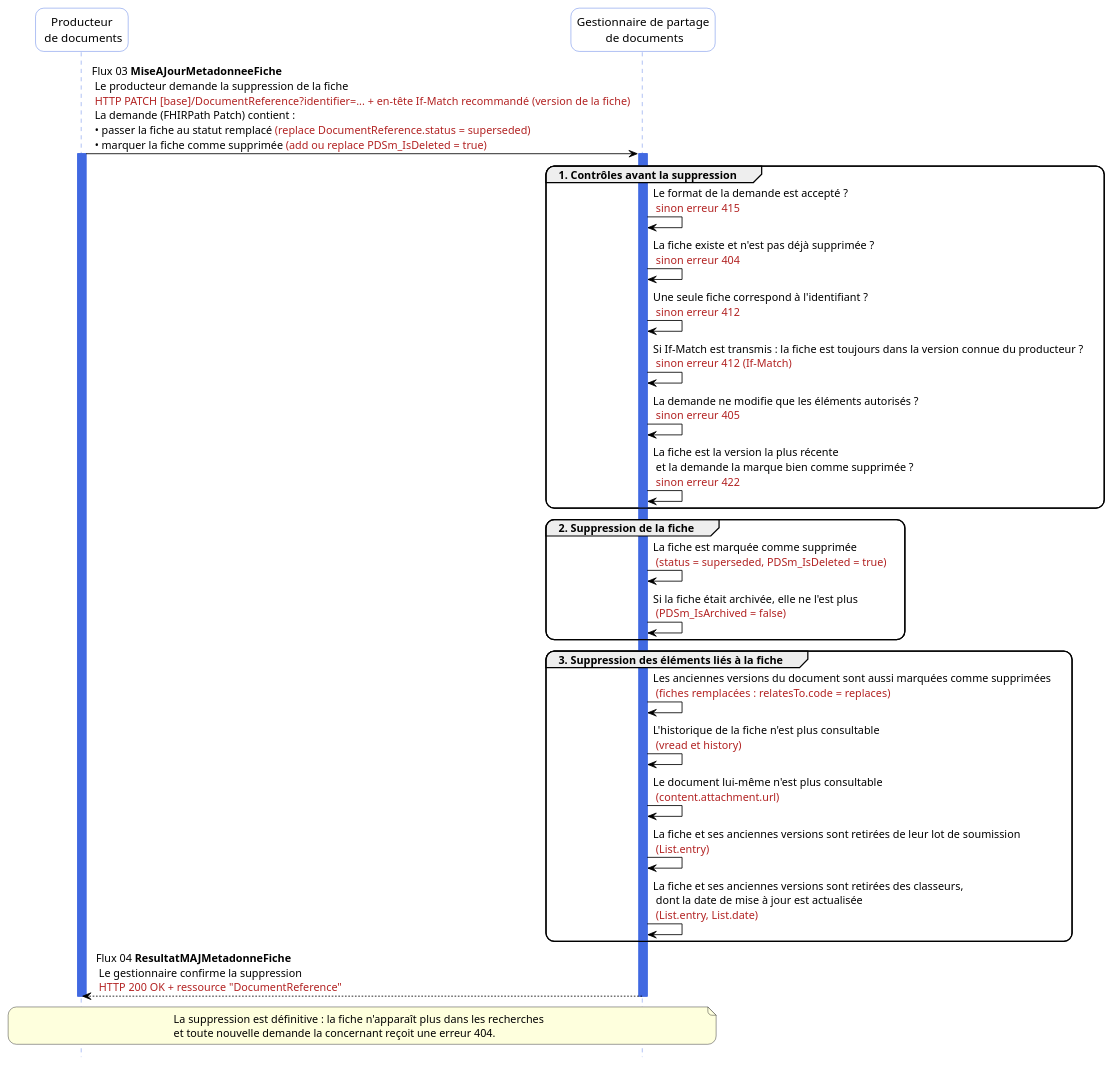
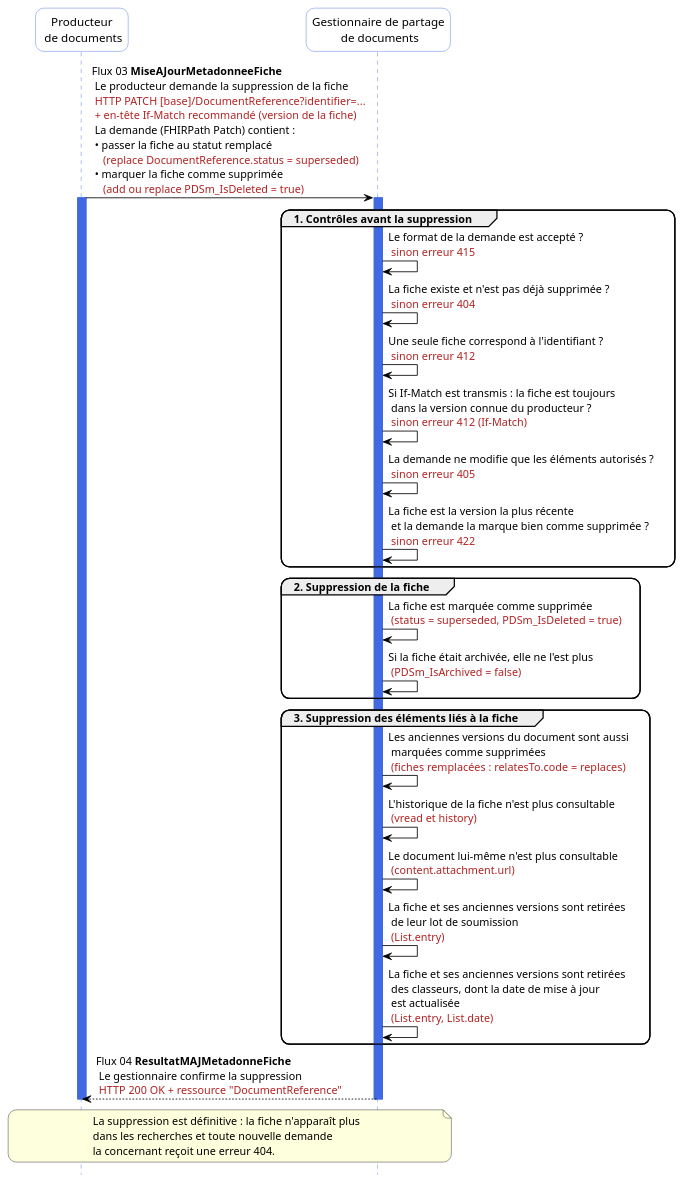
The diagram in input/images-source/PDSm-suppression-logique.plantuml (ansforge/IG-fhir-partage-de-documents-de-sante), drawn with PlantUML before and after one commit.

```diff
--- a/input/images-source/PDSm-suppression-logique.plantuml
+++ b/input/images-source/PDSm-suppression-logique.plantuml
@@ -1,54 +1,55 @@
 @startuml
 hide footbox
 
 skinparam sequence {
  arrowColor black
  ParticipantBorderColor RoyalBlue
  ParticipantBackgroundColor white
  LifeLineBorderColor RoyalBlue
  LifeLineBackgroundColor RoyalBlue
  ParticipantFontSize 14
  ParticipantFontName arial
  ParticipantPadding 20
 }
 skinparam  roundcorner 20
 
 
 participant "Producteur\n de documents" as PROD
 participant "Gestionnaire de partage\n de documents" as INFRA
 
-PROD-[#black]> INFRA : Flux 03 **MiseAJourMetadonneeFiche** \n Le producteur demande la suppression de la fiche \n <color #FireBrick>HTTP PATCH [base]/DocumentReference?identifier=... + en-tête If-Match recommandé (version de la fiche)</color> \n La demande (FHIRPath Patch) contient : \n • passer la fiche au statut remplacé <color #FireBrick>(replace DocumentReference.status = superseded)</color> \n • marquer la fiche comme supprimée <color #FireBrick>(add ou replace PDSm_IsDeleted = true)</color>
+PROD-[#black]> INFRA : Flux 03 **MiseAJourMetadonneeFiche** \n Le producteur demande la suppression de la fiche \n <color #FireBrick>HTTP PATCH [base]/DocumentReference?identifier=...</color> \n <color #FireBrick>+ en-tête If-Match recommandé (version de la fiche)</color> \n La demande (FHIRPath Patch) contient : \n • passer la fiche au statut remplacé \n    <color #FireBrick>(replace DocumentReference.status = superseded)</color> \n • marquer la fiche comme supprimée \n    <color #FireBrick>(add ou replace PDSm_IsDeleted = true)</color>
 activate INFRA
 activate PROD
 
 group 1. Contrôles avant la suppression
   INFRA -> INFRA : Le format de la demande est accepté ? \n <color #FireBrick>sinon erreur 415</color>
   INFRA -> INFRA : La fiche existe et n'est pas déjà supprimée ? \n <color #FireBrick>sinon erreur 404</color>
   INFRA -> INFRA : Une seule fiche correspond à l'identifiant ? \n <color #FireBrick>sinon erreur 412</color>
-  INFRA -> INFRA : Si If-Match est transmis : la fiche est toujours dans la version connue du producteur ? \n <color #FireBrick>sinon erreur 412 (If-Match)</color>
+  INFRA -> INFRA : Si If-Match est transmis : la fiche est toujours \n dans la version connue du producteur ? \n <color #FireBrick>sinon erreur 412 (If-Match)</color>
   INFRA -> INFRA : La demande ne modifie que les éléments autorisés ? \n <color #FireBrick>sinon erreur 405</color>
   INFRA -> INFRA : La fiche est la version la plus récente \n et la demande la marque bien comme supprimée ? \n <color #FireBrick>sinon erreur 422</color>
 end
 
 group 2. Suppression de la fiche
   INFRA -> INFRA : La fiche est marquée comme supprimée \n <color #FireBrick>(status = superseded, PDSm_IsDeleted = true)</color>
   INFRA -> INFRA : Si la fiche était archivée, elle ne l'est plus \n <color #FireBrick>(PDSm_IsArchived = false)</color>
 end
 
 group 3. Suppression des éléments liés à la fiche
-  INFRA -> INFRA : Les anciennes versions du document sont aussi marquées comme supprimées \n <color #FireBrick>(fiches remplacées : relatesTo.code = replaces)</color>
+  INFRA -> INFRA : Les anciennes versions du document sont aussi \n marquées comme supprimées \n <color #FireBrick>(fiches remplacées : relatesTo.code = replaces)</color>
   INFRA -> INFRA : L'historique de la fiche n'est plus consultable \n <color #FireBrick>(vread et history)</color>
   INFRA -> INFRA : Le document lui-même n'est plus consultable \n <color #FireBrick>(content.attachment.url)</color>
-  INFRA -> INFRA : La fiche et ses anciennes versions sont retirées de leur lot de soumission \n <color #FireBrick>(List.entry)</color>
-  INFRA -> INFRA : La fiche et ses anciennes versions sont retirées des classeurs, \n dont la date de mise à jour est actualisée \n <color #FireBrick>(List.entry, List.date)</color>
+  INFRA -> INFRA : La fiche et ses anciennes versions sont retirées \n de leur lot de soumission \n <color #FireBrick>(List.entry)</color>
+  INFRA -> INFRA : La fiche et ses anciennes versions sont retirées \n des classeurs, dont la date de mise à jour \n est actualisée \n <color #FireBrick>(List.entry, List.date)</color>
 end
 
 INFRA-[#black]-> PROD : Flux 04 **ResultatMAJMetadonneFiche** \n Le gestionnaire confirme la suppression \n <color #FireBrick>HTTP 200 OK + ressource "DocumentReference"</color>
 deactivate PROD
 deactivate INFRA
 
 note over PROD, INFRA
-  La suppression est définitive : la fiche n'apparaît plus dans les recherches
-  et toute nouvelle demande la concernant reçoit une erreur 404.
+  La suppression est définitive : la fiche n'apparaît plus
+  dans les recherches et toute nouvelle demande
+  la concernant reçoit une erreur 404.
 end note
 @enduml
```
